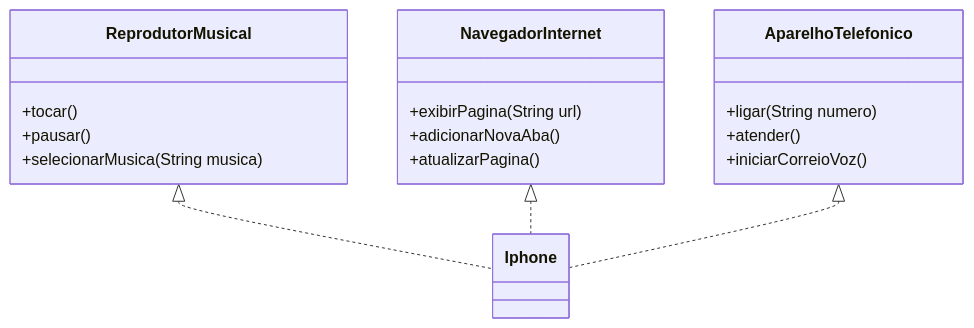
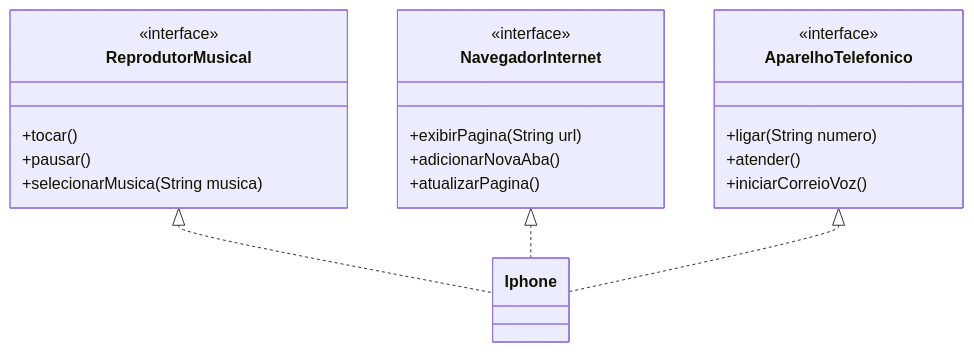
The diagram in README.md (2erick/-modelando-iphone-com-UML), drawn with Mermaid before and after one commit. The commit also changed other lines of this file, not shown here.

````diff
--- a/README.md
+++ b/README.md
@@ -1,25 +10,28 @@
 ```mermaid
 classDiagram
     class Iphone {
 
     }
     class ReprodutorMusical {
+        <<interface>>
         +tocar()
         +pausar()
         +selecionarMusica(String musica)
     }
     class NavegadorInternet {
+        <<interface>>
         +exibirPagina(String url)
         +adicionarNovaAba()
         +atualizarPagina()
     }
     class AparelhoTelefonico {
+        <<interface>>
         +ligar(String numero)
         +atender()
         +iniciarCorreioVoz()
     }
 
     ReprodutorMusical <|.. Iphone
     NavegadorInternet <|.. Iphone
     AparelhoTelefonico <|.. Iphone
 ```
````
